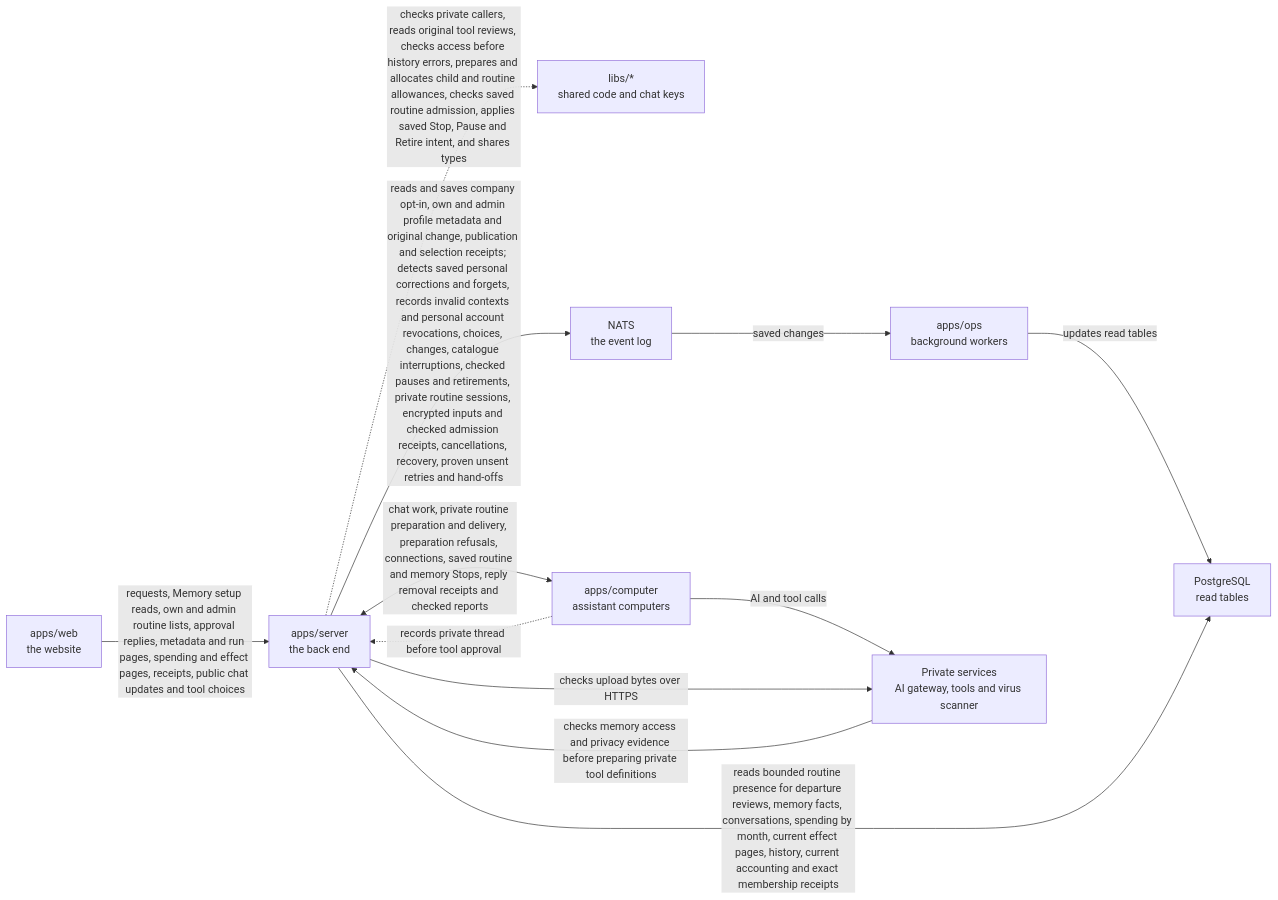
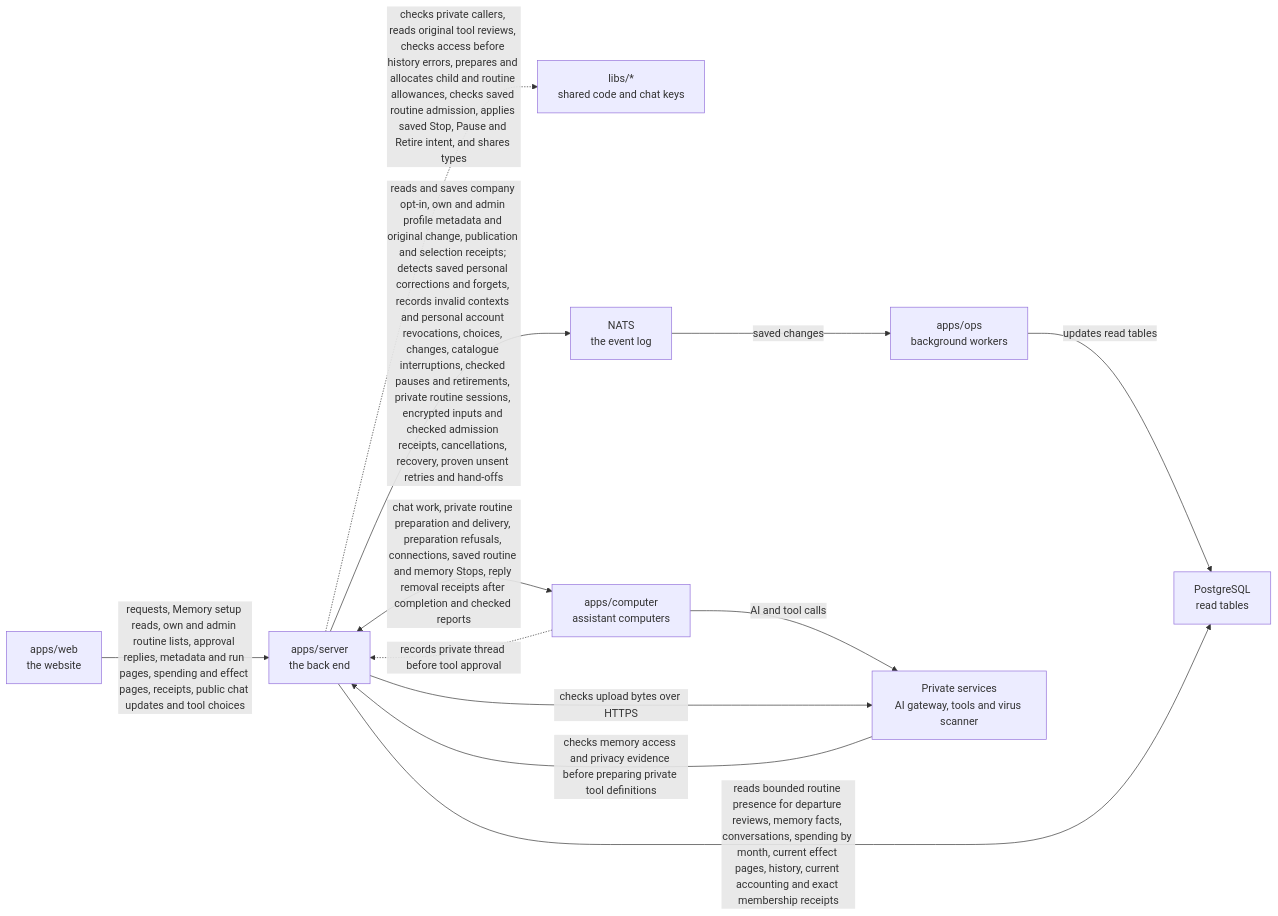
The diagram in apps/server/README.md (elewa-git/opencrane-new), drawn with Mermaid before and after one commit. The commit also changed other lines of this file and 6 other files, not shown here.

Commit message:
🛑 Retain routine reply clearance and bound prohibition validation

````diff
--- a/apps/server/README.md
+++ b/apps/server/README.md
@@ -122,14 +124,14 @@
 ```mermaid
 flowchart LR
   web["apps/web<br/>the website"] -->|requests, Memory setup reads, own and admin routine lists, approval replies, metadata and run pages, spending and effect pages, receipts, public chat updates and tool choices| server["apps/server<br/>the back end"]
   server -.->|checks private callers, reads original tool reviews, checks access before history errors, prepares and allocates child and routine allowances, checks saved routine admission, applies saved Stop, Pause and Retire intent, and shares types| libs["libs/*<br/>shared code and chat keys"]
   server -->|reads and saves company opt-in, own and admin profile metadata and original change, publication and selection receipts; detects saved personal corrections and forgets, records invalid contexts and personal account revocations, choices, changes, catalogue interruptions, checked pauses and retirements, private routine sessions, encrypted inputs and checked admission receipts, cancellations, recovery, proven unsent retries and hand-offs| nats["NATS<br/>the event log"]
   nats -->|saved changes| ops["apps/ops<br/>background workers"]
   ops -->|updates read tables| postgres["PostgreSQL<br/>read tables"]
   server -->|reads bounded routine presence for departure reviews, memory facts, conversations, spending by month, current effect pages, history, current accounting and exact membership receipts| postgres
-  server <-->|chat work, private routine preparation and delivery, preparation refusals, connections, saved routine and memory Stops, reply removal receipts and checked reports| computer["apps/computer<br/>assistant computers"]
+  server <-->|chat work, private routine preparation and delivery, preparation refusals, connections, saved routine and memory Stops, reply removal receipts after completion and checked reports| computer["apps/computer<br/>assistant computers"]
   computer -.->|records private thread before tool approval| server
   computer -->|AI and tool calls| runtime["Private services<br/>AI gateway, tools and virus scanner"]
   server -->|checks upload bytes over HTTPS| runtime
   runtime -->|checks memory access and privacy evidence before preparing private tool definitions| server
 ```
````
